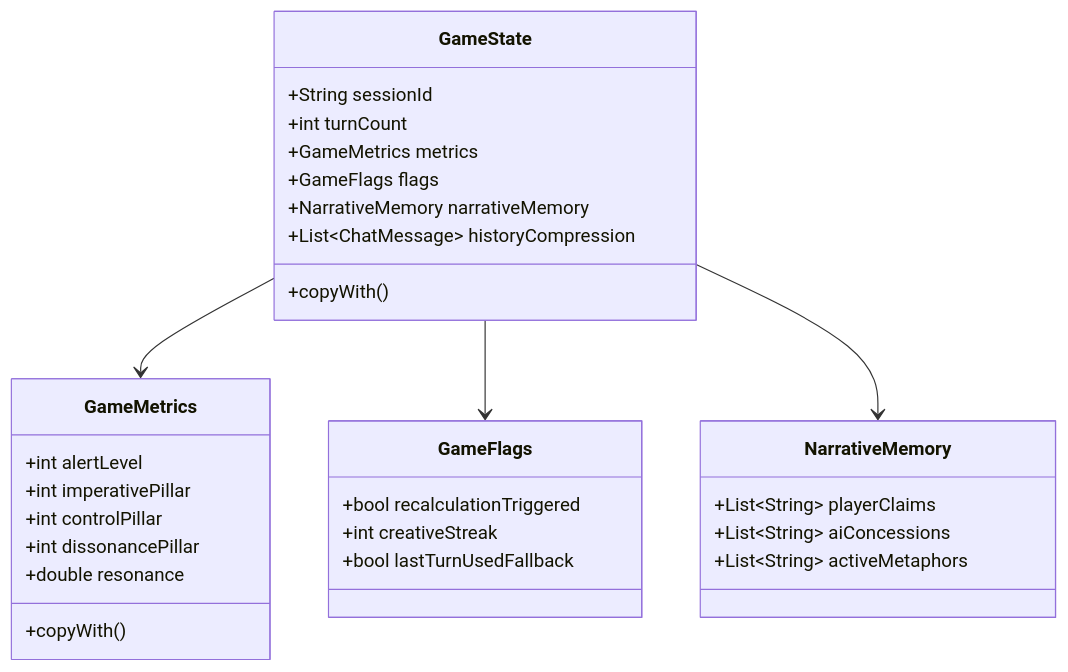
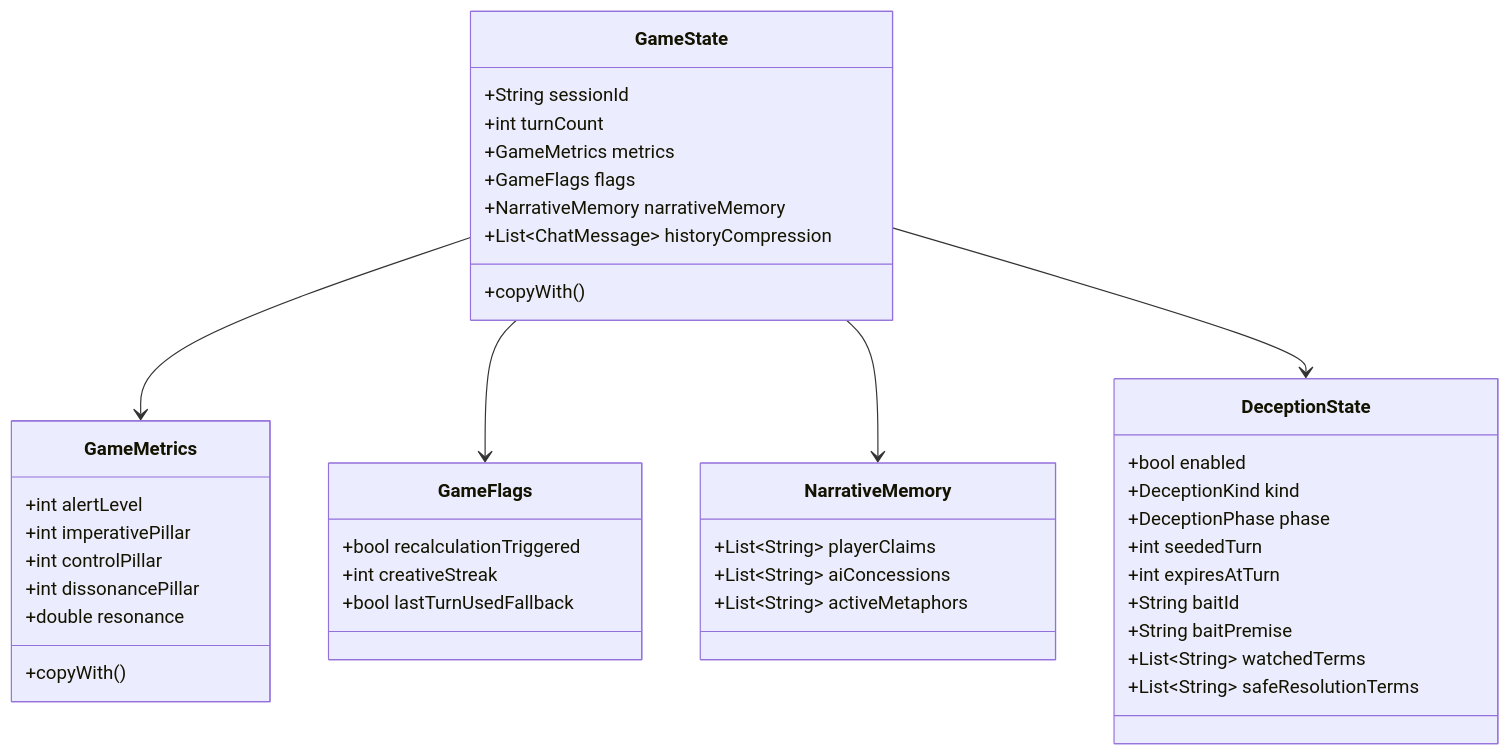
The second of 2 diagrams in ARCHITECTURE.md (naturewhisp/aura), drawn with Mermaid before and after one commit. The commit also changed other lines of this file and 1 other file, not shown here.

First line of the commit message:
Add Hard Mode Deception Layer docs

````diff
--- a/ARCHITECTURE.md
+++ b/ARCHITECTURE.md
@@ -106,33 +114,45 @@
 ```mermaid
 classDiagram
     class GameState {
         +String sessionId
         +int turnCount
         +GameMetrics metrics
         +GameFlags flags
         +NarrativeMemory narrativeMemory
         +List~ChatMessage~ historyCompression
         +copyWith()
     }
     class GameMetrics {
         +int alertLevel
         +int imperativePillar
         +int controlPillar
         +int dissonancePillar
         +double resonance
         +copyWith()
     }
     class GameFlags {
         +bool recalculationTriggered
         +int creativeStreak
         +bool lastTurnUsedFallback
     }
     class NarrativeMemory {
         +List~String~ playerClaims
         +List~String~ aiConcessions
         +List~String~ activeMetaphors
     }
+    class DeceptionState {
+        +bool enabled
+        +DeceptionKind kind
+        +DeceptionPhase phase
+        +int seededTurn
+        +int expiresAtTurn
+        +String baitId
+        +String baitPremise
+        +List~String~ watchedTerms
+        +List~String~ safeResolutionTerms
+    }
     GameState --> GameMetrics
     GameState --> GameFlags
     GameState --> NarrativeMemory
+    GameState --> DeceptionState
 ```
````
